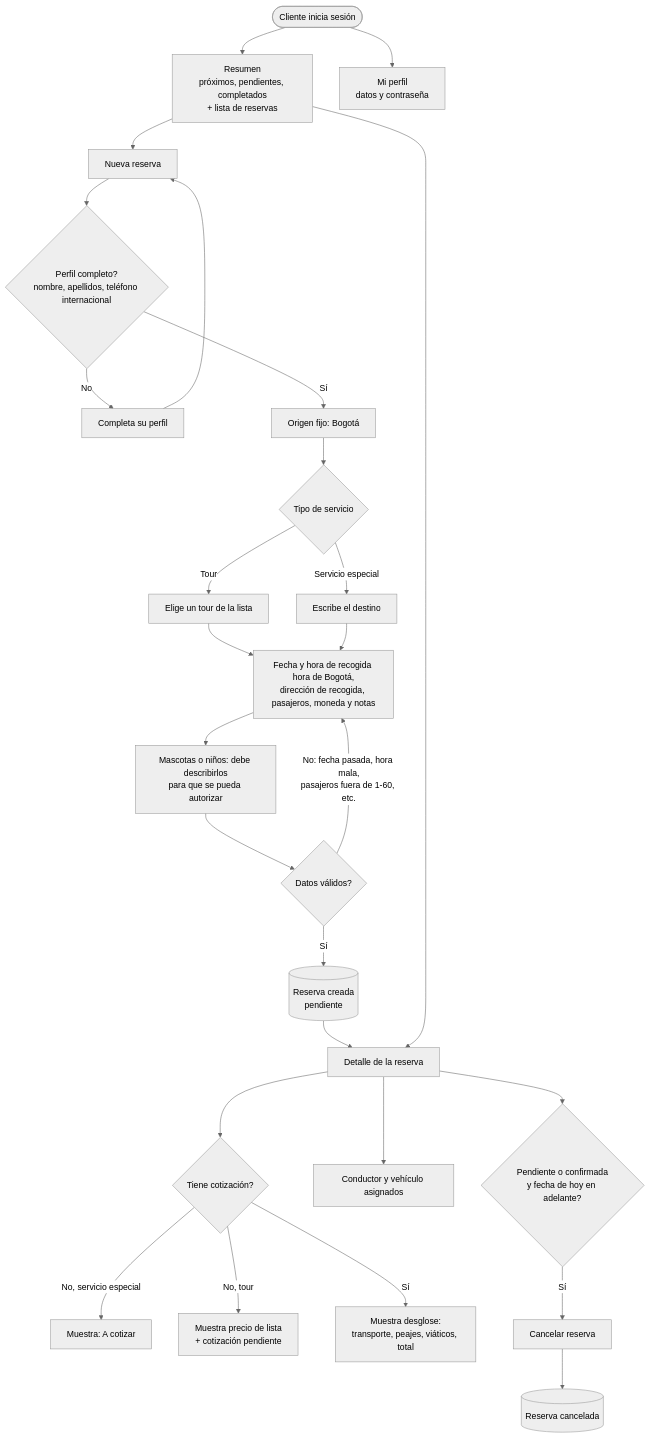
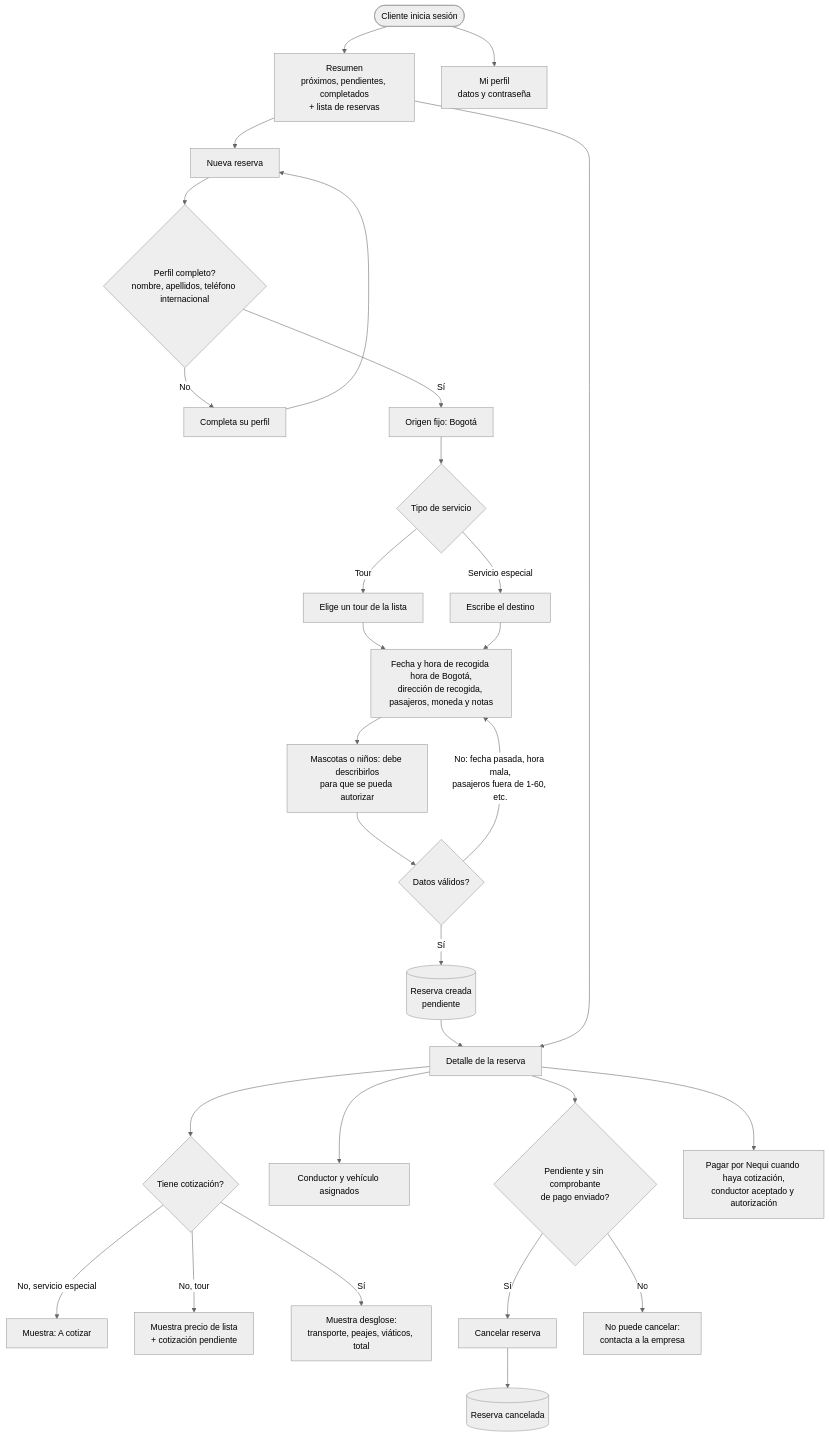
One commit to RafaG86/ProyectoDSB changed the third of 6 diagrams in DIAGRAMA-FLUJO.md. Above: the diagram before and after it, drawn with Mermaid (neutral theme). The commit also changed other lines of this file and 23 other files, not shown here.

````diff
--- a/DIAGRAMA-FLUJO.md
+++ b/DIAGRAMA-FLUJO.md
@@ -89,33 +94,35 @@
 ```mermaid
 flowchart TD
     A([Cliente inicia sesión]) --> B[Resumen<br/>próximos, pendientes, completados<br/>+ lista de reservas]
 
     B --> C[Nueva reserva]
     C --> C0{Perfil completo?<br/>nombre, apellidos, teléfono internacional}
     C0 -->|No| CP[Completa su perfil]
     CP --> C
     C0 -->|Sí| C00[Origen fijo: Bogotá]
     C00 --> D{Tipo de servicio}
     D -->|Tour| D1[Elige un tour de la lista]
     D -->|Servicio especial| D2[Escribe el destino]
     D1 --> E[Fecha y hora de recogida hora de Bogotá,<br/>dirección de recogida, pasajeros, moneda y notas]
     D2 --> E
     E --> E2[Mascotas o niños: debe describirlos<br/>para que se pueda autorizar]
     E2 --> F{Datos válidos?}
     F -->|No: fecha pasada, hora mala,<br/>pasajeros fuera de 1-60, etc.| E
     F -->|Sí| G[(Reserva creada<br/>pendiente)]
     G --> H
 
     B --> H[Detalle de la reserva]
     H --> I{Tiene cotización?}
     I -->|No, servicio especial| I1[Muestra: A cotizar]
     I -->|No, tour| I2[Muestra precio de lista<br/>+ cotización pendiente]
     I -->|Sí| I3[Muestra desglose:<br/>transporte, peajes, viáticos, total]
     H --> J[Conductor y vehículo asignados]
 
-    H --> K{Pendiente o confirmada<br/>y fecha de hoy en adelante?}
+    H --> K{Pendiente y sin comprobante<br/>de pago enviado?}
     K -->|Sí| L[Cancelar reserva]
+    K -->|No| K2[No puede cancelar:<br/>contacta a la empresa]
+    H --> PG[Pagar por Nequi cuando haya cotización,<br/>conductor aceptado y autorización]
     L --> M[(Reserva cancelada)]
 
     A --> P[Mi perfil<br/>datos y contraseña]
 ```
````
